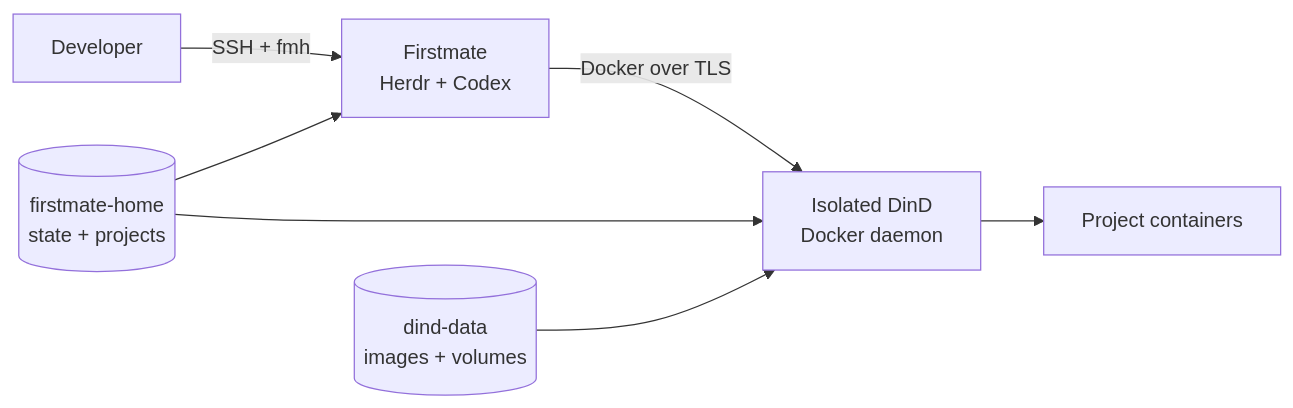
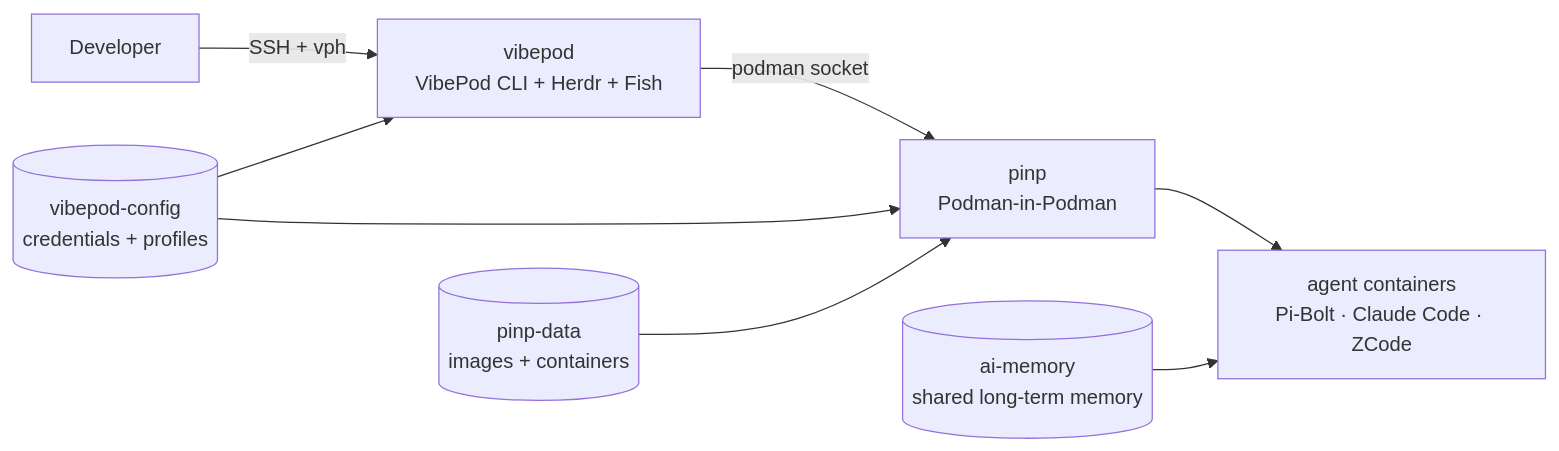
The diagram in README.md (yuyuimoe/secure-ai-homelab), drawn with Mermaid before and after one commit. The commit also changed other lines of this file and 43 other files, not shown here.

First line of the commit message:
chore: checkpoint VibePod Homelab rebrand

````diff
--- a/README.md
+++ b/README.md
@@ -15,10 +15,10 @@
 ```mermaid
 flowchart LR
-    DEV["Developer"] -->|"SSH + fmh"| FM["Firstmate<br/>Herdr + Codex"]
-    FM -->|"Docker over TLS"| DIND["Isolated DinD<br/>Docker daemon"]
-    DIND --> APPS["Project containers"]
-
-    HOME[("firstmate-home<br/>state + projects")] --> FM
-    HOME --> DIND
-    DATA[("dind-data<br/>images + volumes")] --> DIND
+    DEV["Developer"] -->|"SSH + vph"| VP["vibepod<br/>VibePod CLI + Herdr + Fish"]
+    VP -->|"podman socket"| PINP["pinp<br/>Podman-in-Podman"]
+    PINP --> AGENTS["agent containers<br/>Pi-Bolt · Claude Code · ZCode"]
+    MEM[("ai-memory<br/>shared long-term memory")] --> AGENTS
+    CFG[("vibepod-config<br/>credentials + profiles")] --> VP
+    CFG --> PINP
+    DATA[("pinp-data<br/>images + containers")] --> PINP
 ```
````
